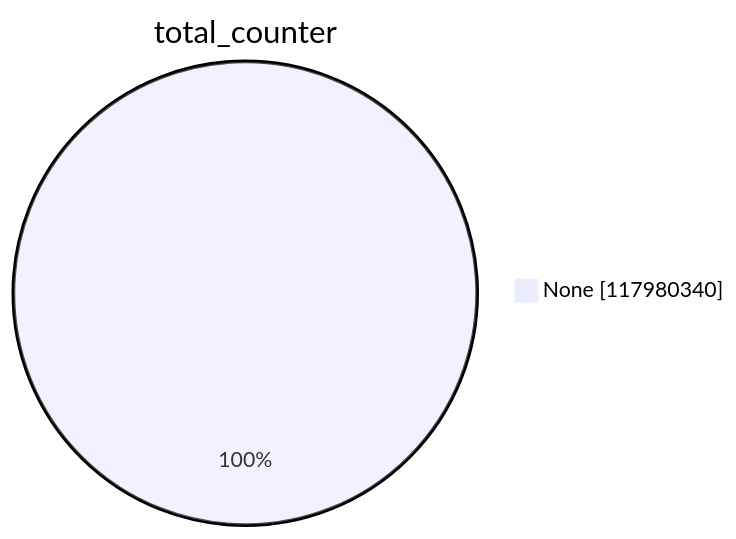
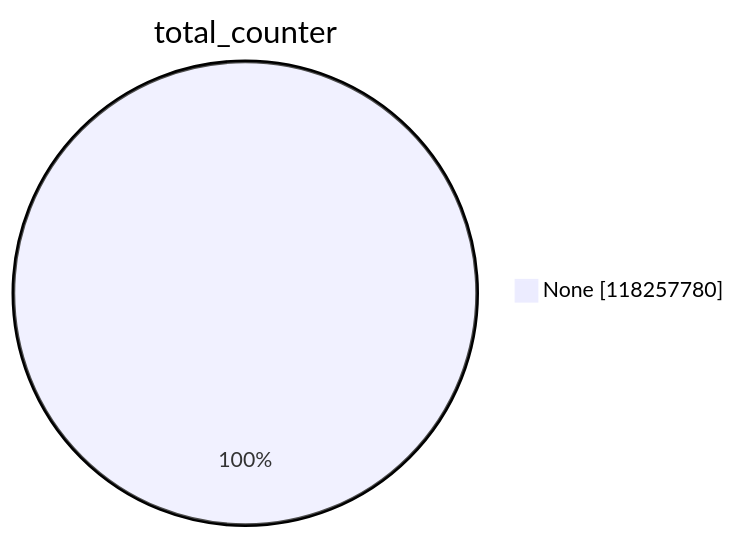
The first of 15 diagrams in argon2023/README.md (christiankrug/ctmonitor_visualization), drawn with Mermaid before and after one commit. The commit also changed other lines of this file, not shown here.

````diff
--- a/argon2023/README.md
+++ b/argon2023/README.md
@@ -1,5 +1,5 @@
 ```mermaid
 pie showData
 title total_counter
-"None" :117980340
+"None" :118257780
 ```
````
